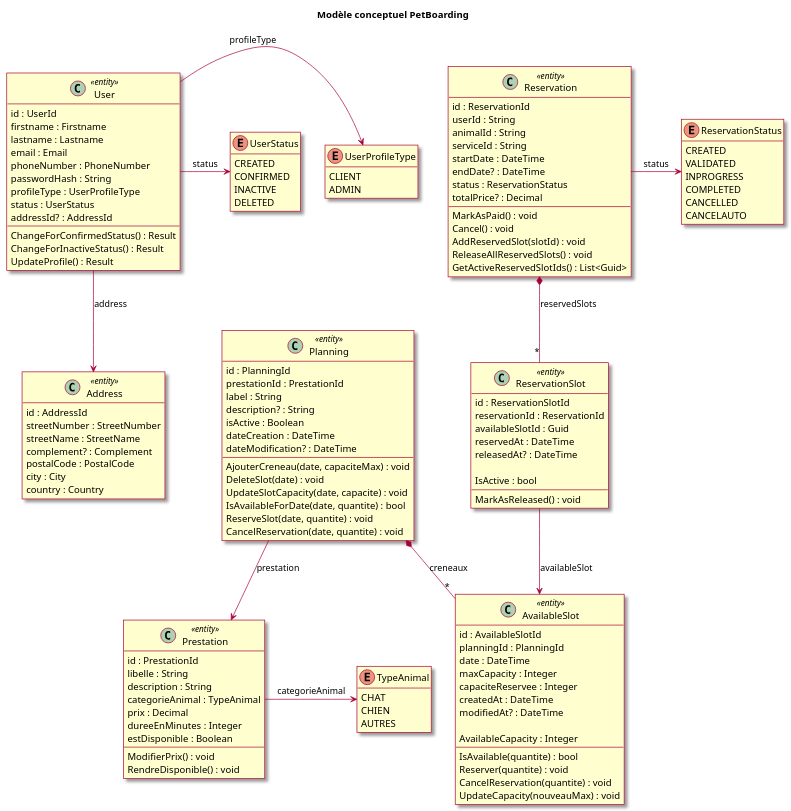
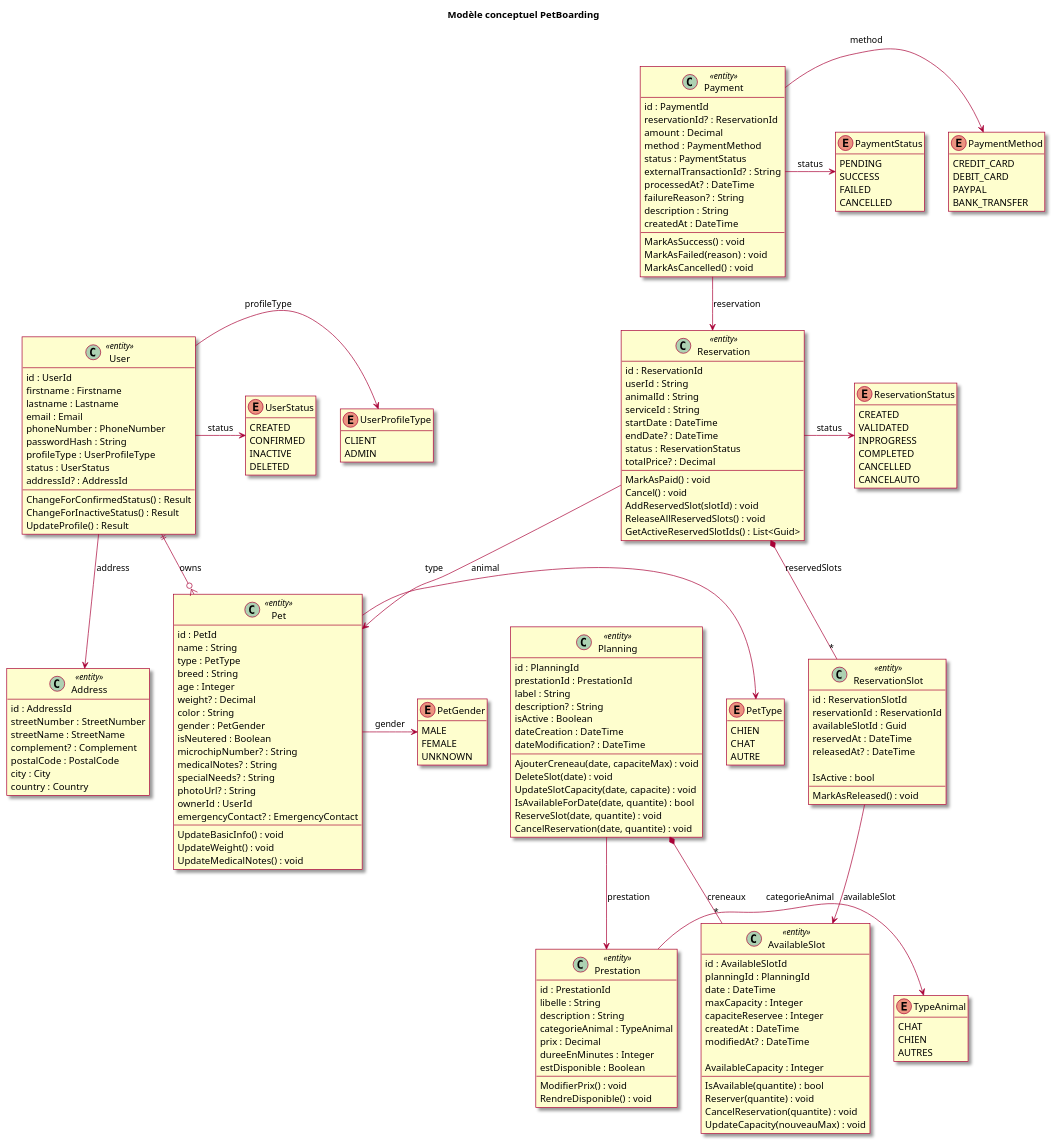
The third of 56 diagrams in Conception PetBoarding.md (KevinG-FR/PetBoarding), drawn with PlantUML before and after one commit. The commit also changed other lines of this file, not shown here.

````diff
--- a/Conception PetBoarding.md
+++ b/Conception PetBoarding.md
@@ -428,6 +490,45 @@
   MarkAsReleased() : void
 }
 
+class Pet <<entity>> {
+  id : PetId
+  name : String
+  type : PetType
+  breed : String
+  age : Integer
+  weight? : Decimal
+  color : String
+  gender : PetGender
+  isNeutered : Boolean
+  microchipNumber? : String
+  medicalNotes? : String
+  specialNeeds? : String
+  photoUrl? : String
+  ownerId : UserId
+  emergencyContact? : EmergencyContact
+
+  UpdateBasicInfo() : void
+  UpdateWeight() : void
+  UpdateMedicalNotes() : void
+}
+
+class Payment <<entity>> {
+  id : PaymentId
+  reservationId? : ReservationId
+  amount : Decimal
+  method : PaymentMethod
+  status : PaymentStatus
+  externalTransactionId? : String
+  processedAt? : DateTime
+  failureReason? : String
+  description : String
+  createdAt : DateTime
+
+  MarkAsSuccess() : void
+  MarkAsFailed(reason) : void
+  MarkAsCancelled() : void
+}
+
 enum UserProfileType {
   CLIENT
   ADMIN
@@ -455,15 +556,48 @@
   CANCELAUTO
 }
 
+enum PetType {
+  CHIEN
+  CHAT
+  AUTRE
+}
+
+enum PetGender {
+  MALE
+  FEMALE
+  UNKNOWN
+}
+
+enum PaymentMethod {
+  CREDIT_CARD
+  DEBIT_CARD
+  PAYPAL
+  BANK_TRANSFER
+}
+
+enum PaymentStatus {
+  PENDING
+  SUCCESS
+  FAILED
+  CANCELLED
+}
+
 User --> Address : address
 User -> UserProfileType : profileType
 User -> UserStatus : status
+User ||--o{ Pet : owns
+Pet -> PetType : type
+Pet -> PetGender : gender
 Prestation -> TypeAnimal : categorieAnimal
 Planning --> Prestation : prestation
 Planning *-- "*" AvailableSlot : creneaux
 Reservation -> ReservationStatus : status
 Reservation *-- "*" ReservationSlot : reservedSlots
+Reservation --> Pet : animal
 ReservationSlot --> AvailableSlot : availableSlot
+Payment -> PaymentMethod : method
+Payment -> PaymentStatus : status
+Payment --> Reservation : reservation
 
 @enduml
 ```
````
